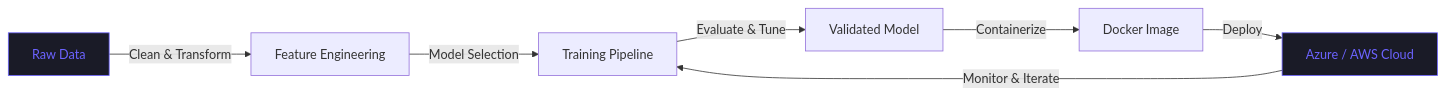
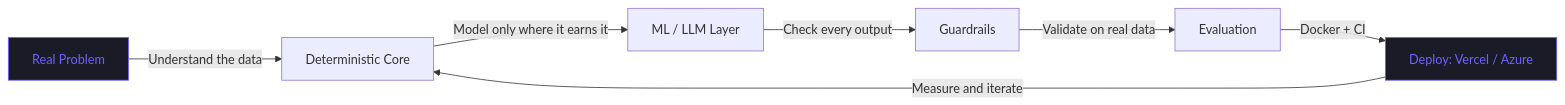
One commit to zain-ul-abideen-5036/zain-ul-abideen-5036 changed the diagram in README.md. Above: the diagram before and after it, drawn with Mermaid. The commit also changed other lines of this file and 8 other files, not shown here.

````diff
--- a/README.md
+++ b/README.md
@@ -155,11 +189,11 @@
 ```mermaid
 graph LR
-    A[Raw Data] -->|Clean & Transform| B[Feature Engineering]
-    B -->|Model Selection| C[Training Pipeline]
-    C -->|Evaluate & Tune| D[Validated Model]
-    D -->|Containerize| E[Docker Image]
-    E -->|Deploy| F[Azure / AWS Cloud]
-    F -->|Monitor & Iterate| C
+    A[Real Problem] -->|Understand the data| B[Deterministic Core]
+    B -->|Model only where it earns it| C[ML / LLM Layer]
+    C -->|Check every output| D[Guardrails]
+    D -->|Validate on real data| E[Evaluation]
+    E -->|Docker + CI| F[Deploy: Vercel / Azure]
+    F -->|Measure and iterate| B
     style A fill:#1a1b27,color:#6C63FF,stroke:#6C63FF
     style F fill:#1a1b27,color:#6C63FF,stroke:#6C63FF
 ```
````
